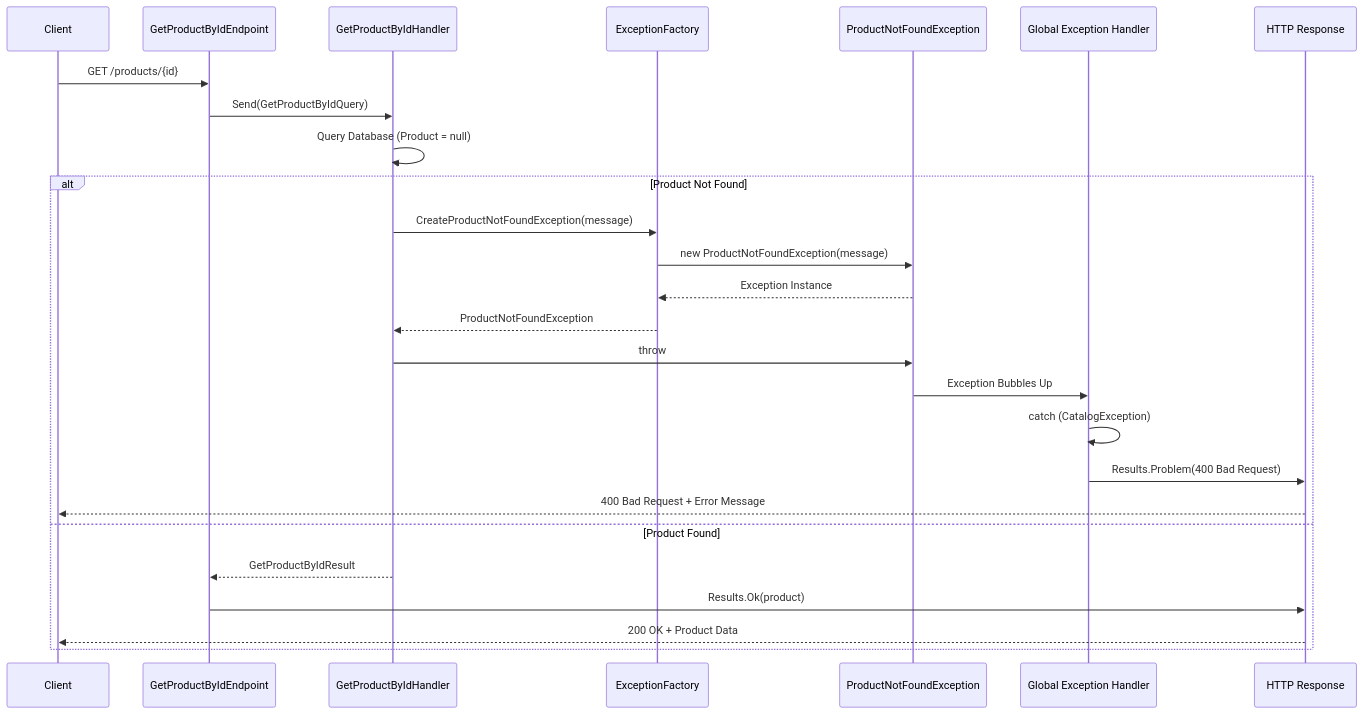
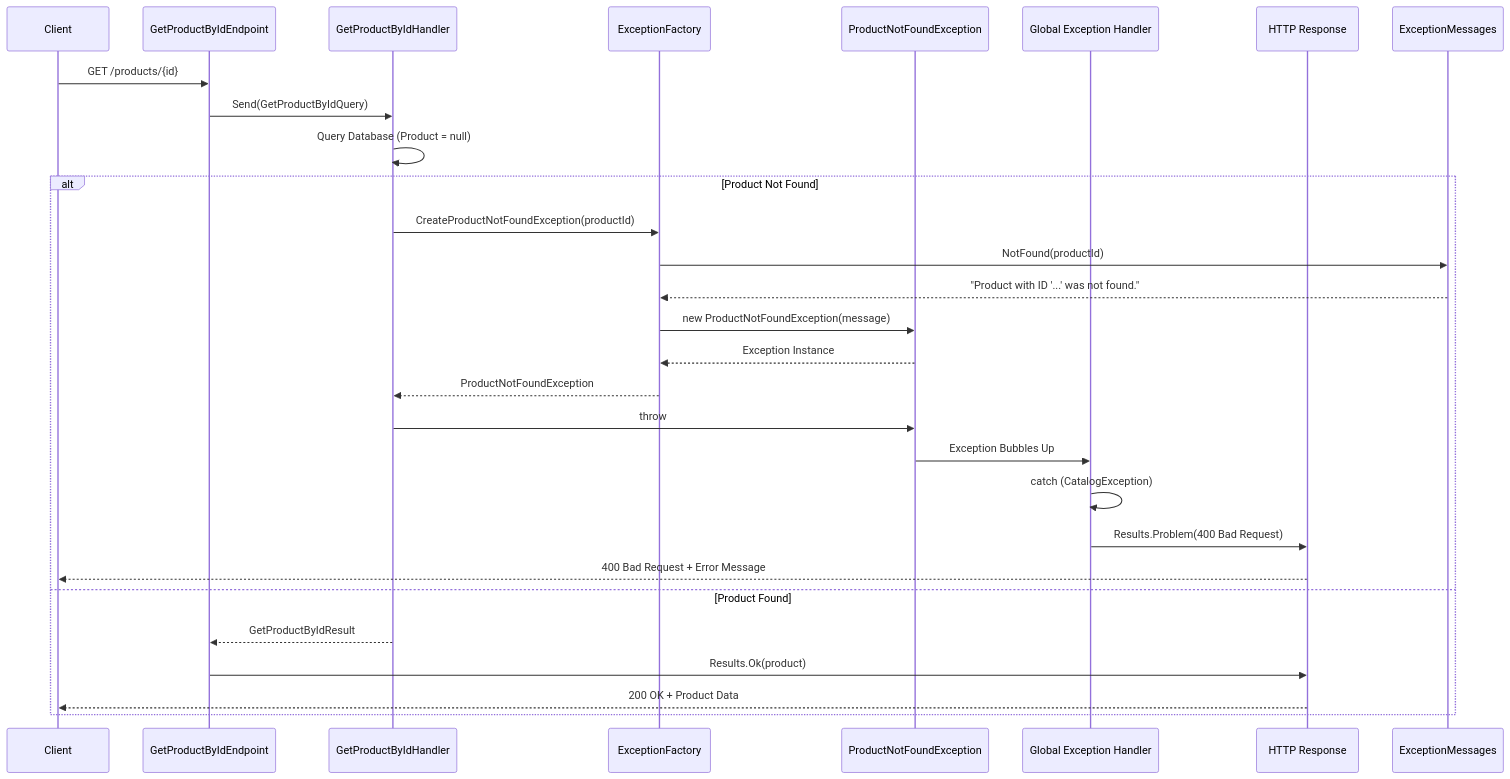
One commit to hamdyyemad/dotnet-microservices-ecommerce changed the second of 5 diagrams in src/Services/Catalog/Catalog.API/Exceptions/README.md. Above: the diagram before and after it, drawn with Mermaid. The commit also changed other lines of this file and 6 other files, not shown here.

````diff
--- a/src/Services/Catalog/Catalog.API/Exceptions/README.md
+++ b/src/Services/Catalog/Catalog.API/Exceptions/README.md
@@ -61,32 +65,34 @@
 ```mermaid
 sequenceDiagram
     participant Client
     participant Endpoint as GetProductByIdEndpoint
     participant Handler as GetProductByIdHandler
     participant Factory as ExceptionFactory
     participant Exception as ProductNotFoundException
     participant GlobalHandler as Global Exception Handler
     participant Response as HTTP Response
 
     Client->>Endpoint: GET /products/{id}
     Endpoint->>Handler: Send(GetProductByIdQuery)
 
     Handler->>Handler: Query Database (Product = null)
 
     alt Product Not Found
-        Handler->>Factory: CreateProductNotFoundException(message)
+        Handler->>Factory: CreateProductNotFoundException(productId)
+        Factory->>ExceptionMessages: NotFound(productId)
+        ExceptionMessages-->>Factory: "Product with ID '...' was not found."
         Factory->>Exception: new ProductNotFoundException(message)
         Exception-->>Factory: Exception Instance
         Factory-->>Handler: ProductNotFoundException
         Handler->>Exception: throw
         Exception->>GlobalHandler: Exception Bubbles Up
 
         GlobalHandler->>GlobalHandler: catch (CatalogException)
         GlobalHandler->>Response: Results.Problem(400 Bad Request)
         Response-->>Client: 400 Bad Request + Error Message
     else Product Found
         Handler-->>Endpoint: GetProductByIdResult
         Endpoint->>Response: Results.Ok(product)
         Response-->>Client: 200 OK + Product Data
     end
 ```
````
